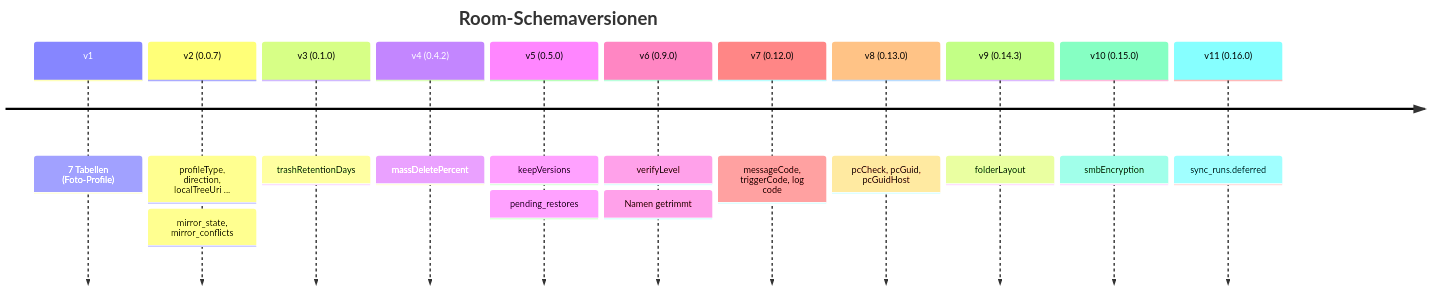
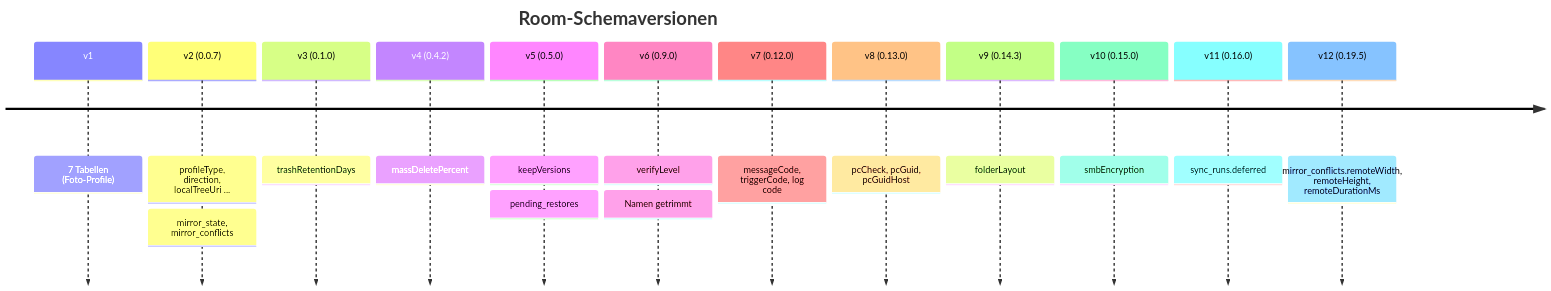
Before and after one commit to LeoToolset/LeoSync: the sixth of 6 diagrams in docs/DATA-MODEL.md, drawn with Mermaid. The commit also changed other lines of this file and 322 other files, not shown here.

````diff
--- a/docs/DATA-MODEL.md
+++ b/docs/DATA-MODEL.md
@@ -767,15 +771,16 @@
 ```mermaid
 timeline
     title Room-Schemaversionen
     v1 : 7 Tabellen (Foto-Profile)
     v2 (0.0.7) : profileType, direction, localTreeUri ... : mirror_state, mirror_conflicts
     v3 (0.1.0) : trashRetentionDays
     v4 (0.4.2) : massDeletePercent
     v5 (0.5.0) : keepVersions : pending_restores
     v6 (0.9.0) : verifyLevel : Namen getrimmt
     v7 (0.12.0) : messageCode, triggerCode, log code
     v8 (0.13.0) : pcCheck, pcGuid, pcGuidHost
     v9 (0.14.3) : folderLayout
     v10 (0.15.0) : smbEncryption
     v11 (0.16.0) : sync_runs.deferred
+    v12 (0.19.5) : mirror_conflicts.remoteWidth, remoteHeight, remoteDurationMs
 ```
````
